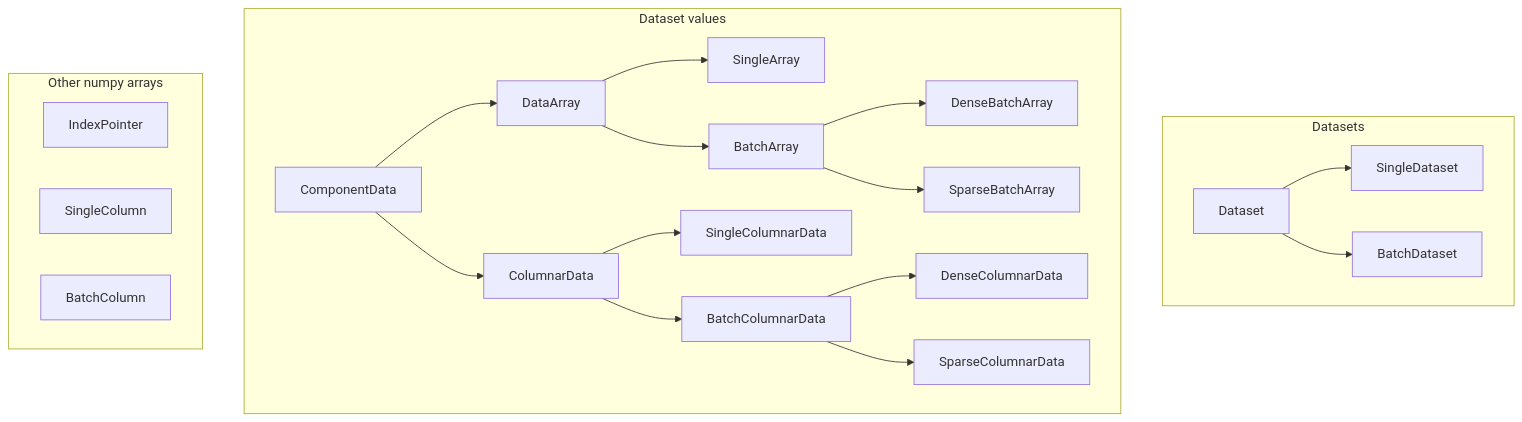
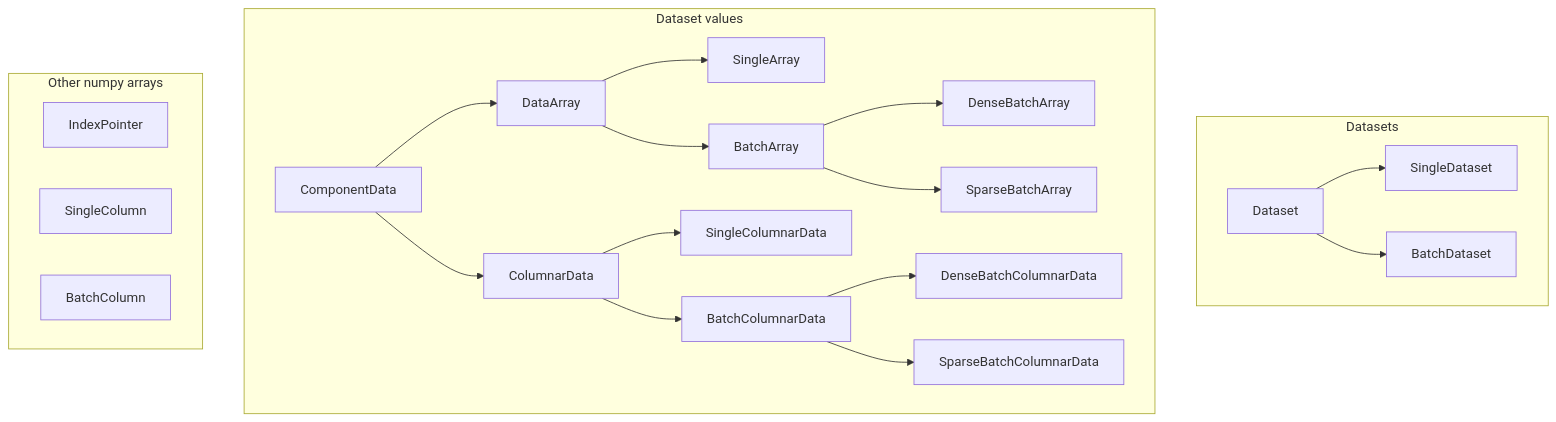
One commit to PowerGridModel/power-grid-model changed the diagram in docs/user_manual/dataset-terminology.md. Above: the diagram before and after it, drawn with Mermaid. The commit also changed other lines of this file, not shown here.

````diff
--- a/docs/user_manual/dataset-terminology.md
+++ b/docs/user_manual/dataset-terminology.md
@@ -13,51 +13,51 @@
 ```{mermaid}
 graph TD
     subgraph Datasets
     Dataset --> SingleDataset
     Dataset --> BatchDataset
     end
 
     subgraph Dataset values
     ComponentData --> DataArray
     ComponentData --> ColumnarData
 
     DataArray --> SingleArray
     DataArray --> BatchArray
 
     BatchArray --> DenseBatchArray
     BatchArray --> SparseBatchArray
 
     ColumnarData --> SingleColumnarData
     ColumnarData --> BatchColumnarData
 
-    BatchColumnarData --> DenseColumnarData
-    BatchColumnarData --> SparseColumnarData
+    BatchColumnarData --> DenseBatchColumnarData
+    BatchColumnarData --> SparseBatchColumnarData
     end
 
     subgraph Other numpy arrays
     IndexPointer
     SingleColumn
     BatchColumn
     end
 
     click Dataset href "../api_reference/python-api-reference.html#power_grid_model.data_types.Dataset"
     click SingleDataset href "../api_reference/python-api-reference.html#power_grid_model.data_types.SingleDataset"
     click BatchDataset href "../api_reference/python-api-reference.html#power_grid_model.data_types.BatchDataset"
 
     click ComponentData href "../api_reference/python-api-reference.html#power_grid_model.data_types.ComponentData"
     click DataArray href "../api_reference/python-api-reference.html#power_grid_model.data_types.DataArray"
     click ColumnarData href "../api_reference/python-api-reference.html#power_grid_model.data_types.ColumnarData"
     click SingleArray href "../api_reference/python-api-reference.html#power_grid_model.data_types.SingleArray"
     click BatchArray href "../api_reference/python-api-reference.html#power_grid_model.data_types.BatchArray"
     click DenseBatchArray href "../api_reference/python-api-reference.html#power_grid_model.data_types.DenseBatchArray"
     click SparseBatchArray href "../api_reference/python-api-reference.html#power_grid_model.data_types.SparseBatchArray"
     click SingleColumnarData href "../api_reference/python-api-reference.html#power_grid_model.data_types.SingleColumnarData"
     click BatchColumnarData href "../api_reference/python-api-reference.html#power_grid_model.data_types.BatchColumnarData"
-    click DenseColumnarData href "../api_reference/python-api-reference.html#power_grid_model.data_types.DenseColumnarData"
-    click SparseColumnarData href "../api_reference/python-api-reference.html#power_grid_model.data_types.SparseColumnarData"
+    click DenseBatchColumnarData href "../api_reference/python-api-reference.html#power_grid_model.data_types.DenseBatchColumnarData"
+    click SparseBatchColumnarData href "../api_reference/python-api-reference.html#power_grid_model.data_types.SparseBatchColumnarData"
 
-    click Indexpointer href "../api_reference/python-api-reference.html#power_grid_model.data_types.Indexpointer"
+    click IndexPointer href "../api_reference/python-api-reference.html#power_grid_model.data_types.IndexPointer"
     click SingleColumn href "../api_reference/python-api-reference.html#power_grid_model.data_types.SingleColumn"
     click BatchColumn href "../api_reference/python-api-reference.html#power_grid_model.data_types.BatchColumn"
 
 ```
````
